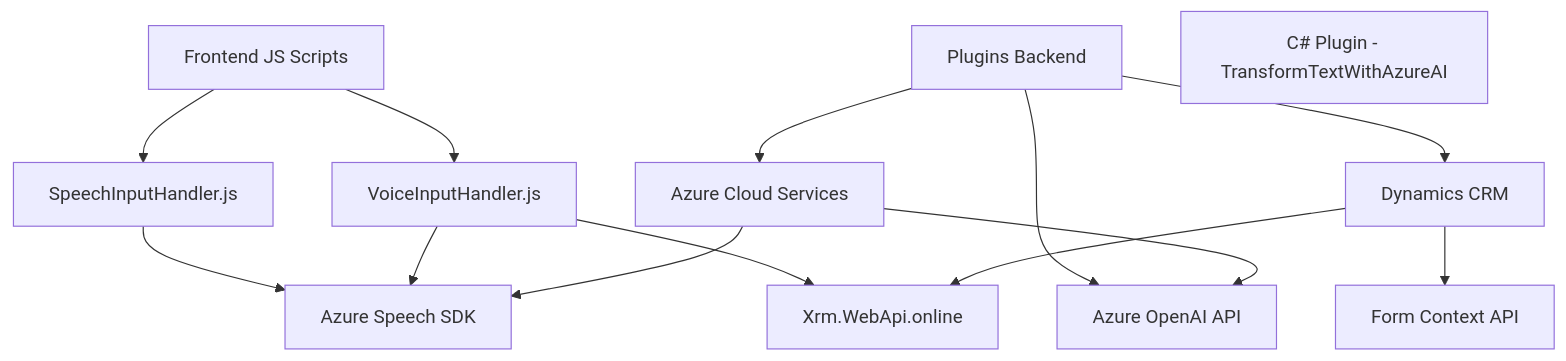
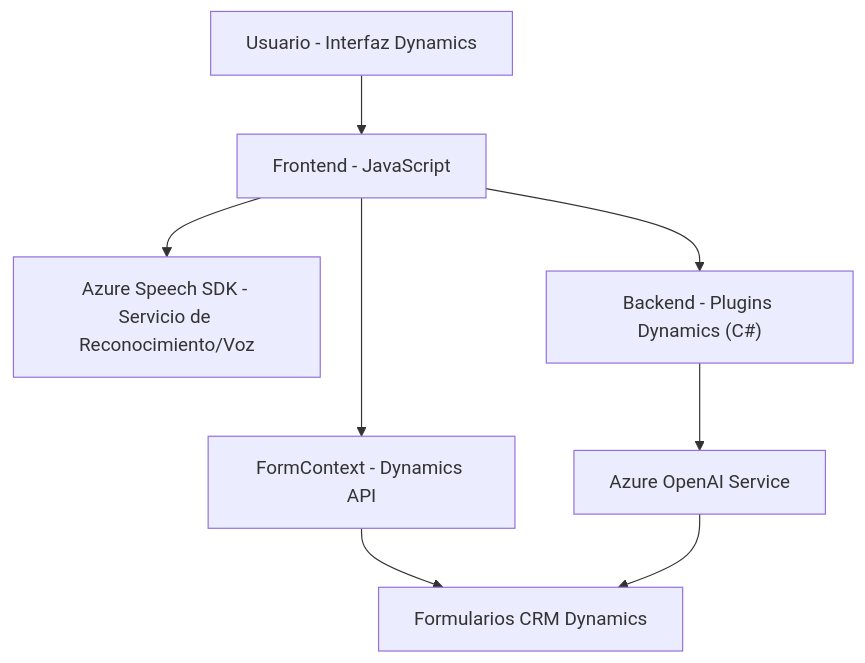
Before and after one commit to blopezdm/NETCORE_BILBAO2025: the diagram in README.md, drawn with Mermaid. The commit also changed other lines of this file, not shown here.

````diff
--- a/README.md
+++ b/README.md
@@ -28,27 +35,10 @@
 ```mermaid
 graph TD
-    A["Frontend JS Scripts"]
-    B["SpeechInputHandler.js"]
-    C["VoiceInputHandler.js"]
-    D["Plugins Backend"]
-    E["C# Plugin - TransformTextWithAzureAI"]
-    F["Azure Cloud Services"]
-    G["Azure Speech SDK"]
-    H["Azure OpenAI API"]
-    I["Dynamics CRM"]
-    J["Form Context API"]
-    K["Xrm.WebApi.online"]
-
-    A --> B
-    A --> C
-    B --> G
-    C --> G
-    C --> K
-    D --> F
-    D --> H
-    D --> I
-    F --> G
-    F --> H
-    I --> J
-    I --> K
+    A["Usuario - Interfaz Dynamics"] --> B["Frontend - JavaScript"]
+    B["Frontend - JavaScript"] --> C["Azure Speech SDK - Servicio de Reconocimiento/Voz"]
+    B --> D["Backend - Plugins Dynamics (C#)"]
+    D --> E["Azure OpenAI Service - Procesamiento IA"]
+    B --> F["FormContext - Dynamics API"]
+    F --> G["Formularios CRM Dynamics"]
+    E["Azure OpenAI Service"] --> G["Formularios CRM Dynamics"]
 ```
````
